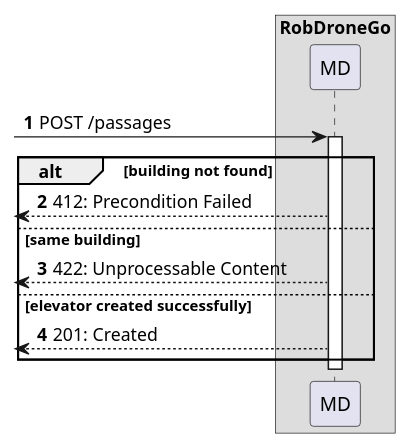
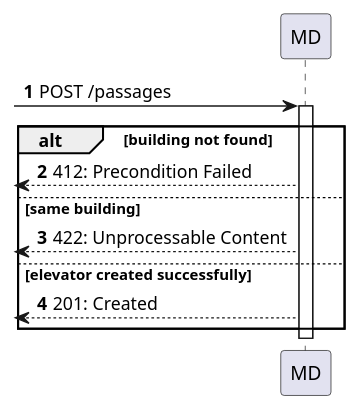
Before and after one commit to Departamento-de-Engenharia-Informatica/lapr5-23-24-g19: the diagram in docs/us240/level2/process-view.puml, drawn with PlantUML. The commit also changed 5 other files, not shown here.

```diff
--- a/docs/us240/level2/process-view.puml
+++ b/docs/us240/level2/process-view.puml
@@ -1,19 +1,17 @@
 @startuml
 autonumber
 
-box "RobDroneGo"
 participant "MD" as mdr
 
-    [-> mdr: POST /passages
-    activate mdr
+[-> mdr: POST /passages
+activate mdr
     alt building not found
-        [<--mdr  : 412: Precondition Failed
+        [<-- mdr : 412: Precondition Failed
     else same building
-        [<--mdr  : 422: Unprocessable Content
+        [<-- mdr : 422: Unprocessable Content
     else elevator created successfully
-        [<--mdr  : 201: Created
+        [<-- mdr : 201: Created
     end
-
-    deactivate mdr
+deactivate mdr
 
 @enduml
```
